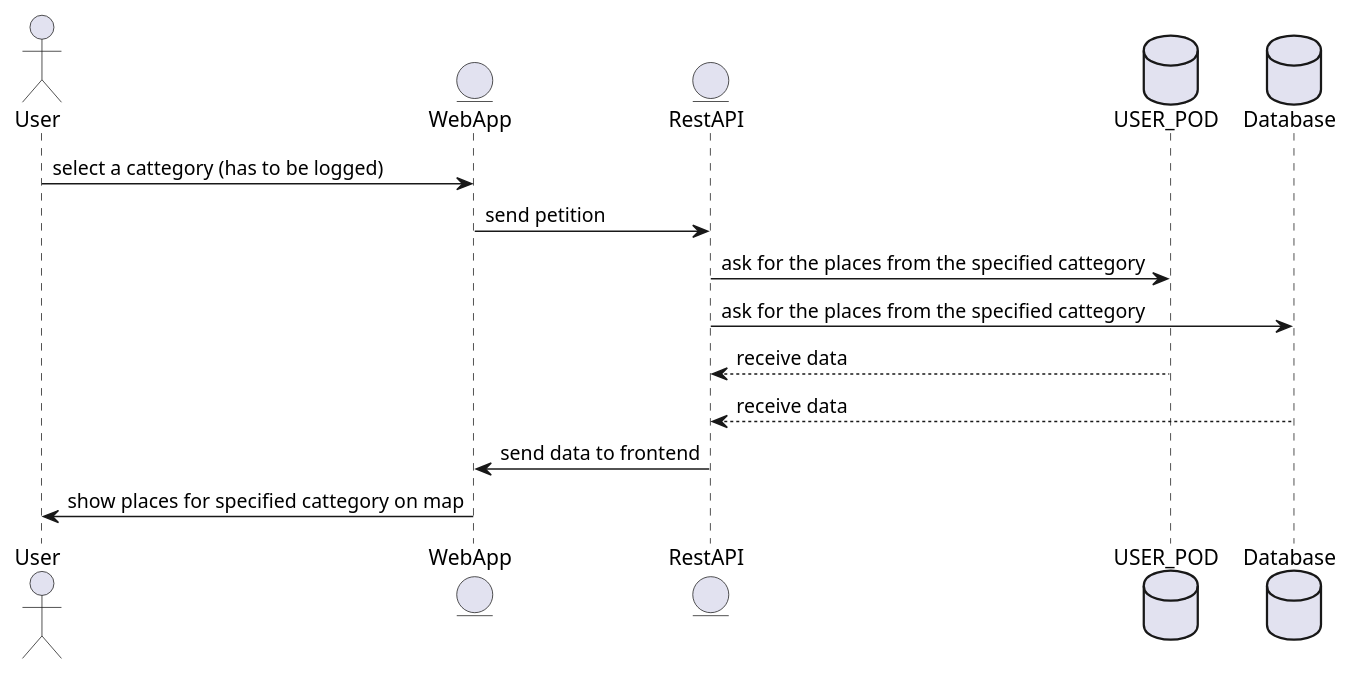
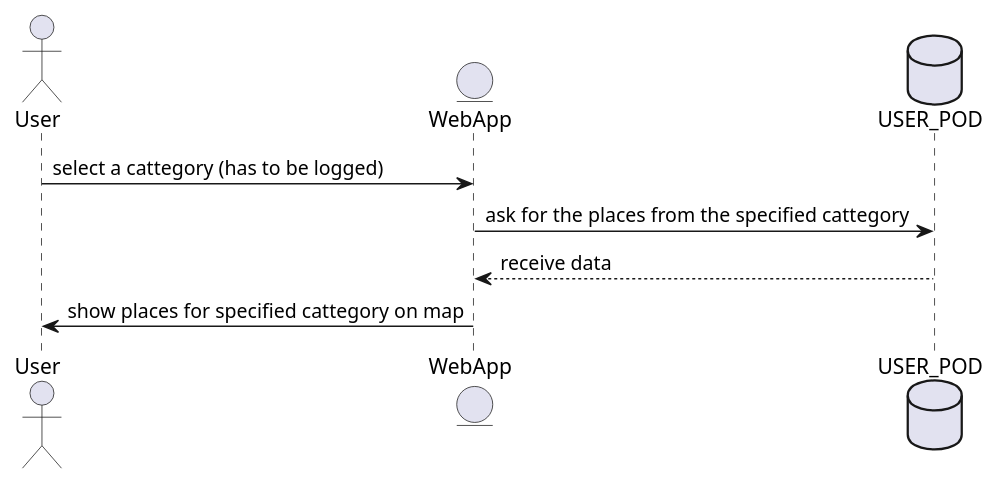
One commit to Arquisoft/lomap_es5c changed the seventh of 7 diagrams in docs/06_runtime_view.adoc. Above: the diagram before and after it, drawn with PlantUML. The commit also changed other lines of this file and 17 other files, not shown here.

```diff
--- a/docs/06_runtime_view.adoc
+++ b/docs/06_runtime_view.adoc
@@ -132,17 +117,11 @@
 [plantuml,"filter map diagram",png]
 ----
 actor User
 entity EntityWeb as "WebApp"
-entity EntityRest as "RestAPI"
 database Pod as "USER_POD"
-database Mongo as "Database"
 
 User -> EntityWeb: select a cattegory (has to be logged)
-EntityWeb -> EntityRest: send petition
-EntityRest -> Pod: ask for the places from the specified cattegory
-EntityRest -> Mongo: ask for the places from the specified cattegory
-Pod --> EntityRest: receive data
-Mongo --> EntityRest: receive data
-EntityRest -> EntityWeb: send data to frontend
+EntityWeb -> Pod: ask for the places from the specified cattegory
+Pod --> EntityWeb: receive data
 EntityWeb -> User: show places for specified cattegory on map
 ----
```
